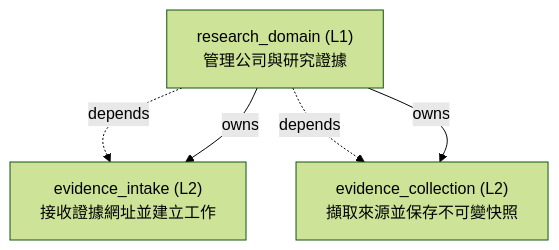
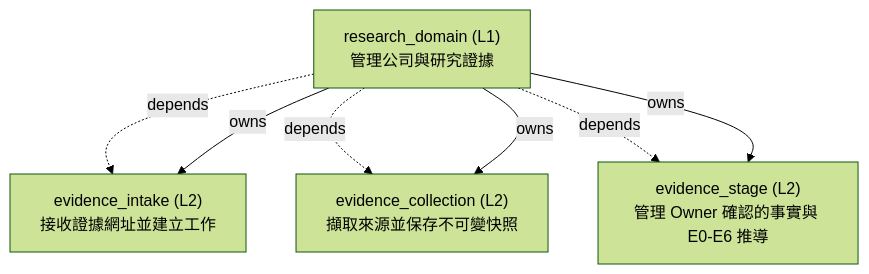
One commit to ShinWeiPeng/thesis-trace changed the diagram in architecture/generated/research_domain.md. Above: the diagram before and after it, drawn with Mermaid (forest theme). The commit also changed other lines of this file and 40 other files, not shown here.

Commit message:
Implement owner-confirmed E-stage

````diff
--- a/architecture/generated/research_domain.md
+++ b/architecture/generated/research_domain.md
@@ -7,10 +7,13 @@
 ```mermaid
 flowchart TD
     n_research_domain["research_domain (L1)<br/>管理公司與研究證據"]
     n_evidence_intake["evidence_intake (L2)<br/>接收證據網址並建立工作"]
     n_evidence_collection["evidence_collection (L2)<br/>擷取來源並保存不可變快照"]
+    n_evidence_stage["evidence_stage (L2)<br/>管理 Owner 確認的事實與 E0-E6 推導"]
     n_research_domain -.->|depends| n_evidence_intake
     n_research_domain -.->|depends| n_evidence_collection
+    n_research_domain -.->|depends| n_evidence_stage
     n_research_domain -->|owns| n_evidence_intake
     n_research_domain -->|owns| n_evidence_collection
+    n_research_domain -->|owns| n_evidence_stage
 ```
````
